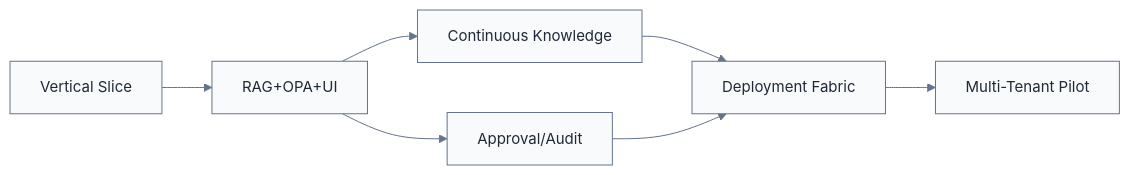
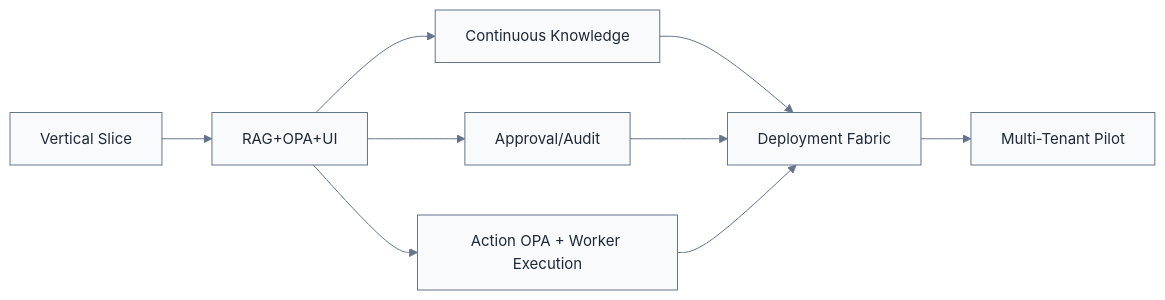
One commit to hori5000/Rulmera-OPA changed the diagram in rulmera-enterprise-knowledge/00-프로젝트관리/07-범위-WBS.md. Above: the diagram before and after it, drawn with Mermaid. The commit also changed other lines of this file and 26 other files, not shown here.

````diff
--- a/rulmera-enterprise-knowledge/00-프로젝트관리/07-범위-WBS.md
+++ b/rulmera-enterprise-knowledge/00-프로젝트관리/07-범위-WBS.md
@@ -53,10 +61,12 @@
 ```mermaid
 %%{init: {"theme":"base","themeVariables":{"primaryColor":"#F8FAFC","primaryTextColor":"#1F2937","primaryBorderColor":"#64748B","lineColor":"#64748B","secondaryColor":"#EAF4FF","tertiaryColor":"#EAFBF2","clusterBkg":"#F8FAFC","clusterBorder":"#CBD5E1","fontSize":"15px"}} }%%
 flowchart LR
   POC[Vertical Slice] --> CORE[RAG+OPA+UI]
   CORE --> CK[Continuous Knowledge]
   CORE --> WF[Approval/Audit]
+  CORE --> AX[Action OPA + Worker Execution]
   CK --> DF[Deployment Fabric]
   WF --> DF
+  AX --> DF
   DF --> PILOT[Multi-Tenant Pilot]
 ```
````
